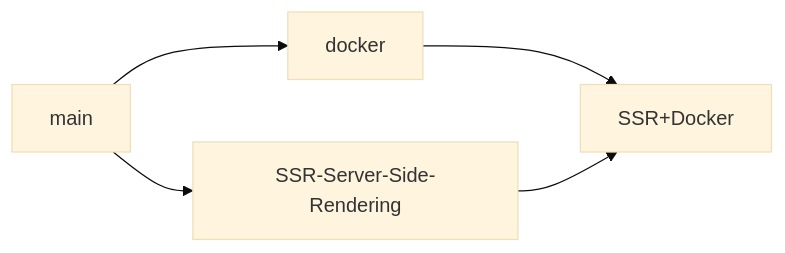
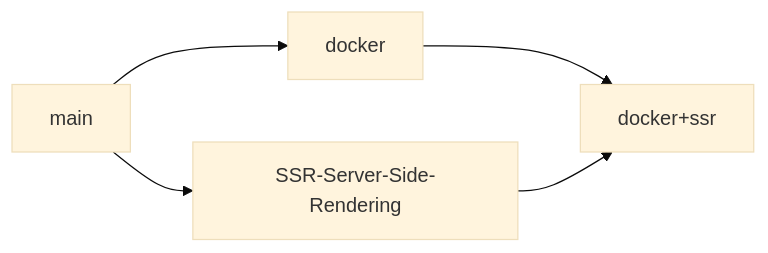
One commit to kevinThulnith/multi-stage-react-project changed the diagram in README.md. Above: the diagram before and after it, drawn with Mermaid (base theme). The commit also changed other lines of this file, not shown here.

````diff
--- a/README.md
+++ b/README.md
@@ -512,7 +555,7 @@
 ```mermaid
 graph LR
-    A[main] --> B[docker]
-    A --> C[SSR-Server-Side-Rendering]
-    B --> D[SSR+Docker]
-    C --> D
+   A[main] --> B[docker]
+   A --> C[SSR-Server-Side-Rendering]
+   B --> D[docker+ssr]
+   C --> D
 ```
````
